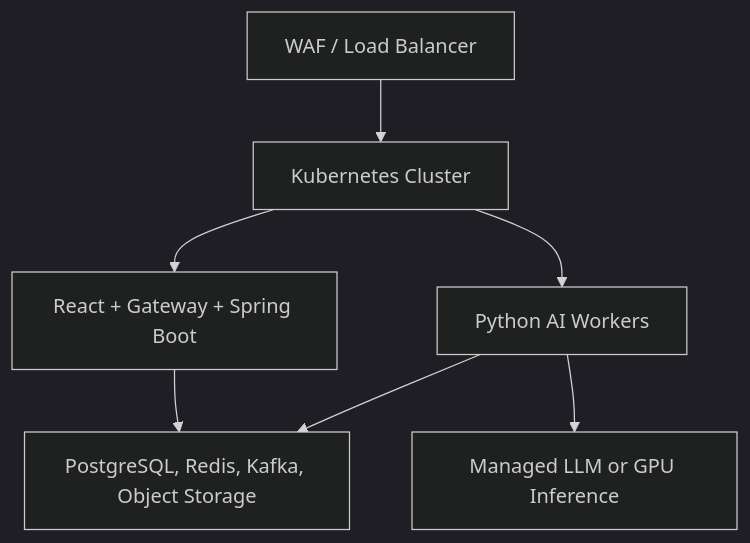
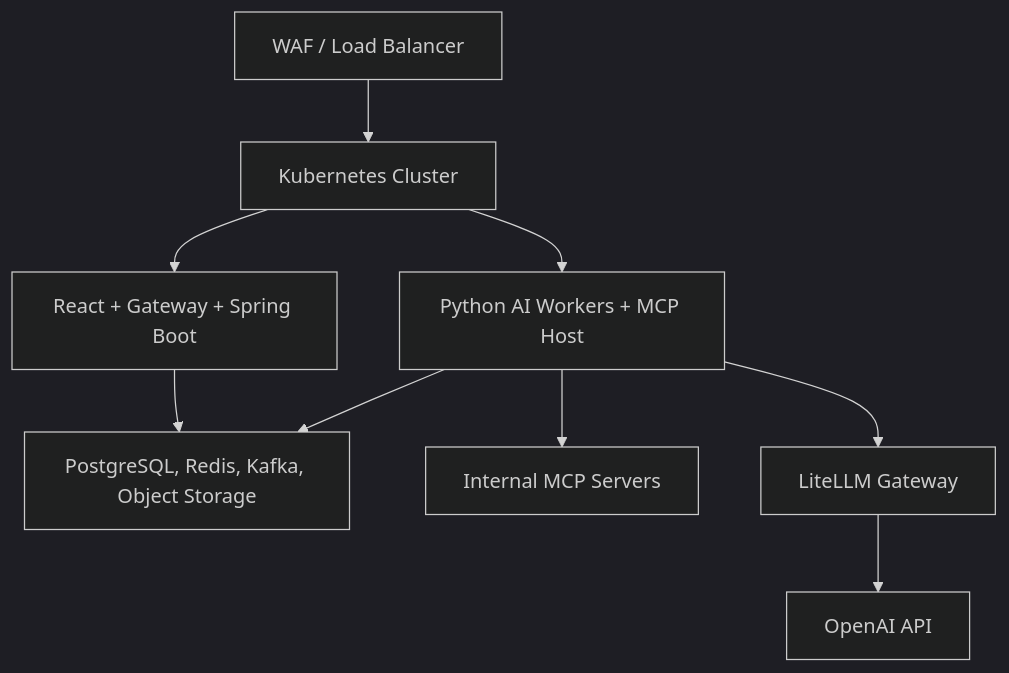
Before and after one commit to Skpandey15/Java_AI_MCP: the seventh of 7 diagrams in docs/architecture-design.md, drawn with Mermaid (dark theme). The commit also changed other lines of this file, not shown here.

Commit message:
docs: add LiteLLM gateway and bidirectional MCP architecture

````diff
--- a/docs/architecture-design.md
+++ b/docs/architecture-design.md
@@ -613,16 +738,20 @@
 ```mermaid
 flowchart TB
     EDGE["WAF / Load Balancer"]
     K8S["Kubernetes Cluster"]
     APPS["React + Gateway + Spring Boot"]
-    AIS["Python AI Workers"]
+    AIS["Python AI Workers + MCP Host"]
+    MCP["Internal MCP Servers"]
+    LITE["LiteLLM Gateway"]
     MANAGED["PostgreSQL, Redis, Kafka, Object Storage"]
-    MODEL["Managed LLM or GPU Inference"]
+    MODEL["OpenAI API"]
 
     EDGE --> K8S
     K8S --> APPS
     K8S --> AIS
     APPS --> MANAGED
     AIS --> MANAGED
-    AIS --> MODEL
+    AIS --> MCP
+    AIS --> LITE
+    LITE --> MODEL
 ```
````
